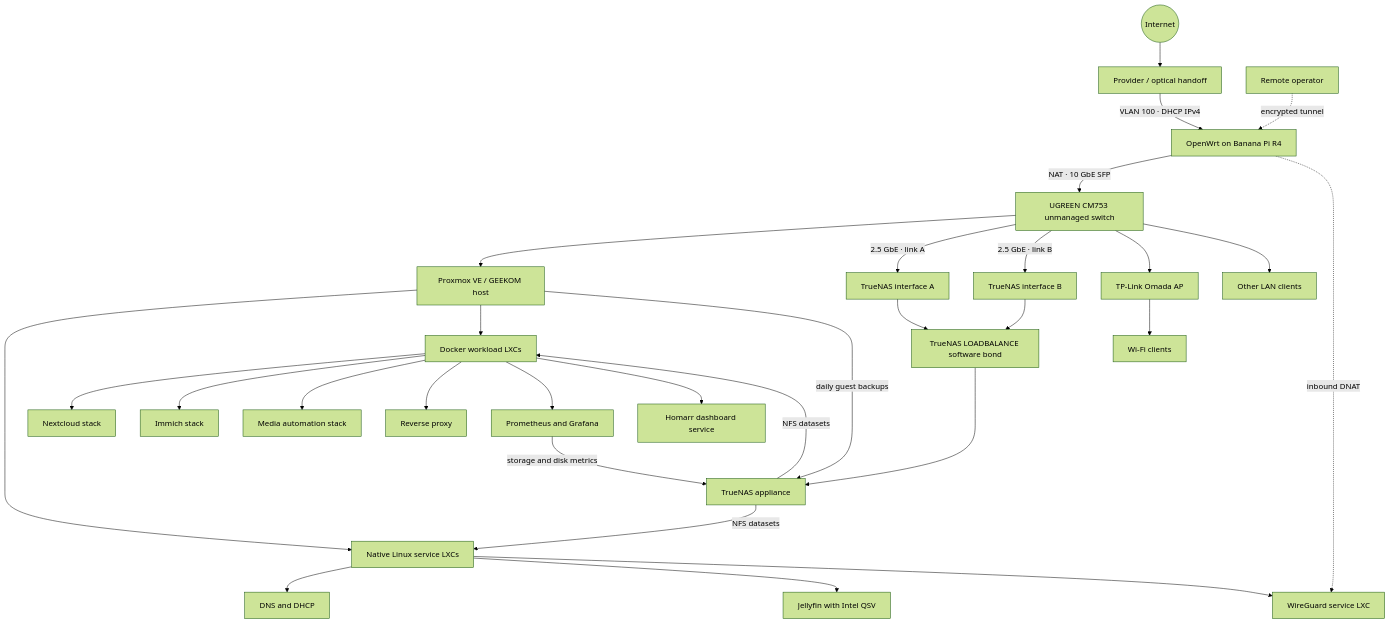
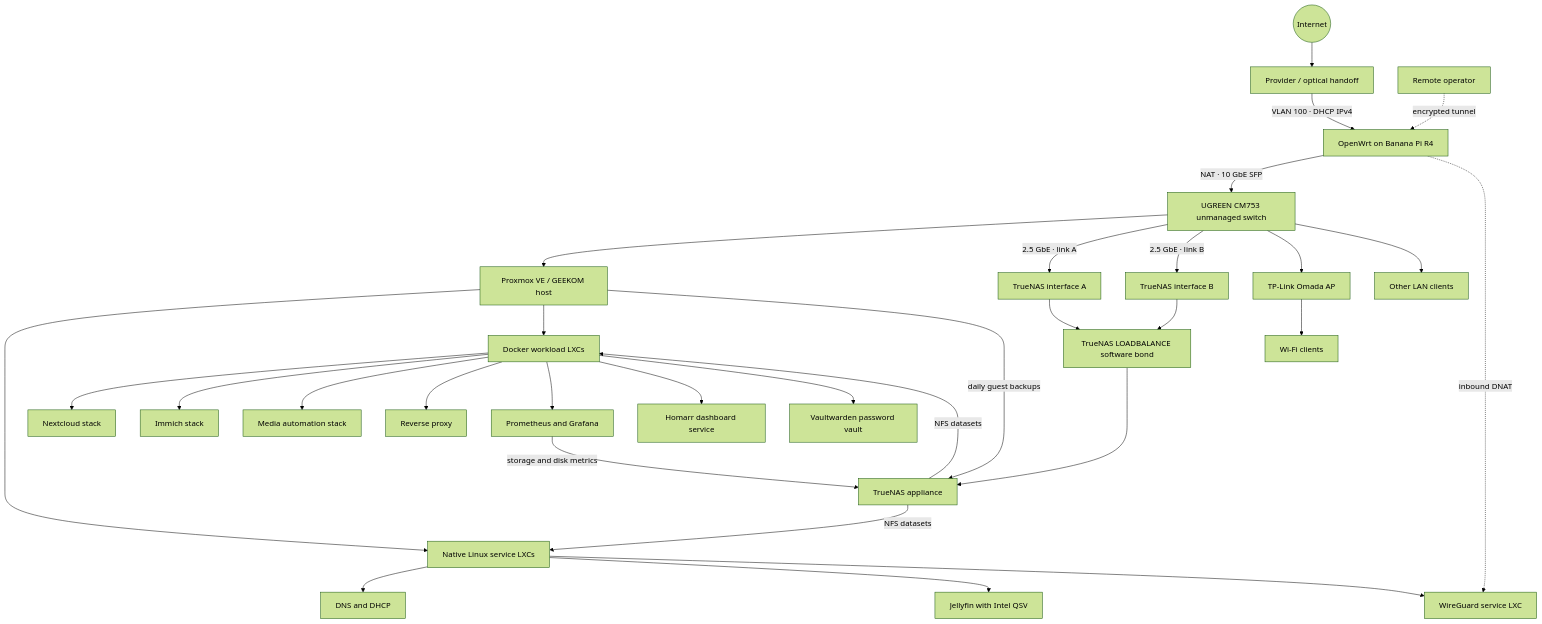
Before and after one commit to HCxHUB-git/Homelab: the first of 2 diagrams in docs/architecture.md, drawn with Mermaid (forest theme). The commit also changed other lines of this file and 4 other files, not shown here.

````diff
--- a/docs/architecture.md
+++ b/docs/architecture.md
@@ -17,37 +17,38 @@
 ```mermaid
 flowchart TB
     Internet((Internet)) --> Handoff[Provider / optical handoff]
     Handoff -->|VLAN 100 · DHCP IPv4| Edge[OpenWrt on Banana Pi R4]
     Edge -->|NAT · 10 GbE SFP| LAN[UGREEN CM753 unmanaged switch]
     Remote[Remote operator] -. encrypted tunnel .-> Edge
     Edge -. inbound DNAT .-> VPN[WireGuard service LXC]
 
     LAN --> Host[Proxmox VE / GEEKOM host]
     LAN -->|2.5 GbE · link A| NASLinkA[TrueNAS interface A]
     LAN -->|2.5 GbE · link B| NASLinkB[TrueNAS interface B]
     NASLinkA --> Bond[TrueNAS LOADBALANCE software bond]
     NASLinkB --> Bond
     Bond --> NAS[TrueNAS appliance]
     LAN --> AP[TP-Link Omada AP]
     AP --> WiFi[Wi-Fi clients]
     LAN --> Clients[Other LAN clients]
 
     Host --> Native[Native Linux service LXCs]
     Host --> Docker[Docker workload LXCs]
 
     Native --> DNS[DNS and DHCP]
     Native --> Media[Jellyfin with Intel QSV]
     Native --> VPN
 
     Docker --> Cloud[Nextcloud stack]
     Docker --> Photos[Immich stack]
     Docker --> Automation[Media automation stack]
     Docker --> Ingress[Reverse proxy]
     Docker --> Observe[Prometheus and Grafana]
     Docker --> Dashboard[Homarr dashboard service]
+    Docker --> Vault[Vaultwarden password vault]
 
     NAS -->|NFS datasets| Native
     NAS -->|NFS datasets| Docker
     Host -->|daily guest backups| NAS
     Observe -->|storage and disk metrics| NAS
 ```
````
